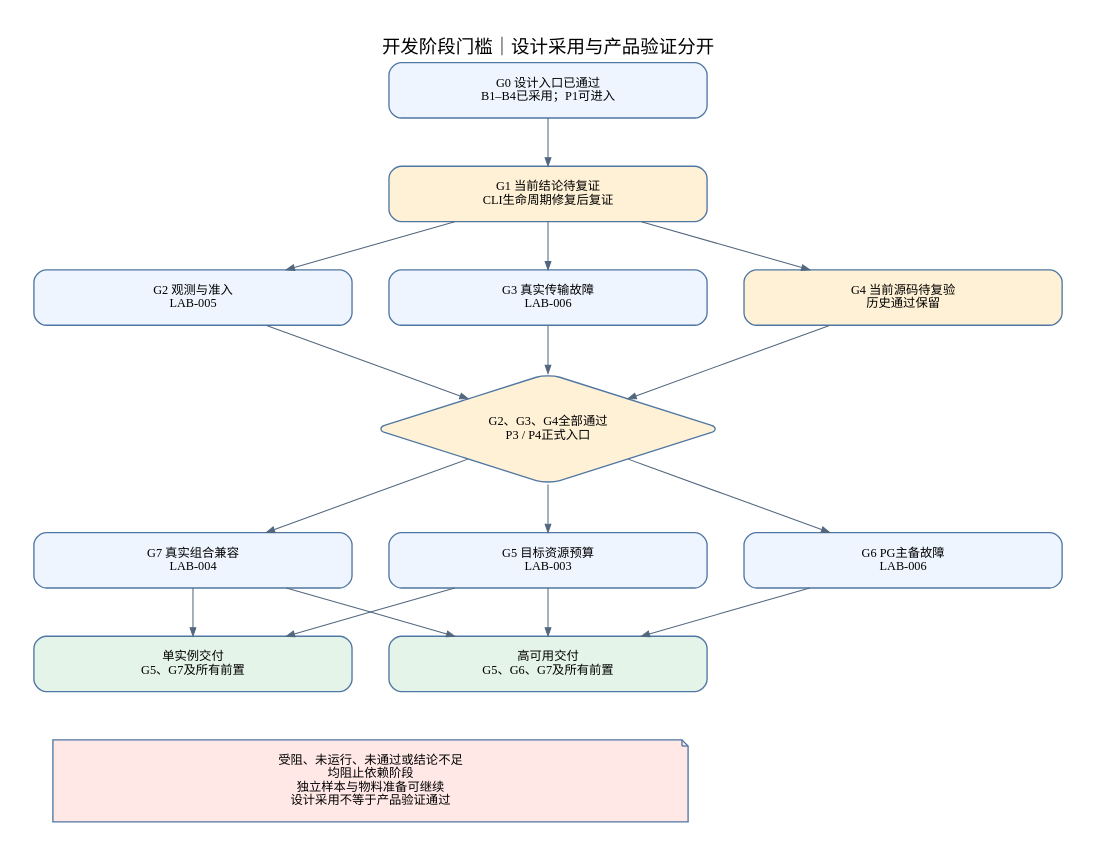
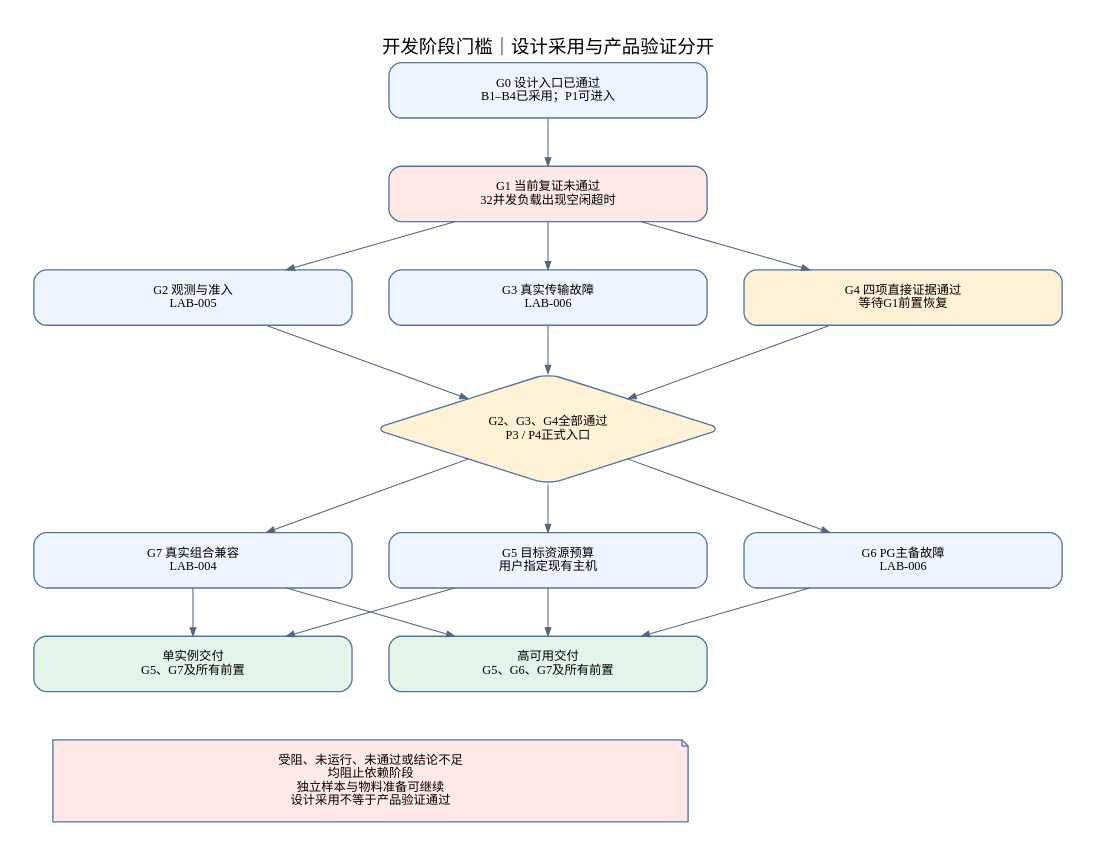
Before and after one commit to wyw-ai/loom-oi: the diagram in docs/architecture/diagrams/v0.7/06-delivery-dependencies.dot, drawn with Graphviz. The commit also changed 45 other files, not shown here.

```diff
--- a/docs/architecture/diagrams/v0.7/06-delivery-dependencies.dot
+++ b/docs/architecture/diagrams/v0.7/06-delivery-dependencies.dot
@@ -1,23 +1,23 @@
 digraph G {
 graph [bgcolor="white",pad="0.35",nodesep="0.5",ranksep="0.65",fontname="Noto Sans SC",fontsize=18,labelloc="t",splines=polyline];
 node [shape=box,style="rounded,filled",fillcolor="#eef5ff",color="#5077a3",fontname="Noto Sans SC",fontsize=12,width=4.3,margin="0.35,0.2",penwidth=1.3];
 edge [color="#52677f",fontname="Noto Sans SC",fontsize=10,arrowsize=0.8];
 rankdir=TB;label="开发阶段门槛｜设计采用与产品验证分开";
  g0[label="G0 设计入口已通过\nB1–B4已采用；P1可进入"];
- g1[label="G1 当前结论待复证\nCLI生命周期修复后复证",fillcolor="#fff1d6"];
+ g1[label="G1 当前复证未通过\n32并发负载出现空闲超时",fillcolor="#ffe8e5"];
  g2[label="G2 观测与准入\nLAB-005"];
  g3[label="G3 真实传输故障\nLAB-006"];
- g4[label="G4 当前源码待复验\n历史通过保留",fillcolor="#fff1d6"];
+ g4[label="G4 四项直接证据通过\n等待G1前置恢复",fillcolor="#fff1d6"];
  gate[label="G2、G3、G4全部通过\nP3 / P4正式入口",shape=diamond,fillcolor="#fff1d6"];
- g5[label="G5 目标资源预算\nLAB-003"];
+ g5[label="G5 目标资源预算\n用户指定现有主机"];
  g6[label="G6 PG主备故障\nLAB-006"];
  g7[label="G7 真实组合兼容\nLAB-004"];
  single[label="单实例交付\nG5、G7及所有前置",fillcolor="#e4f4e9"];
  ha[label="高可用交付\nG5、G6、G7及所有前置",fillcolor="#e4f4e9"];
  g0->g1;g1->g2;g1->g3;g1->g4;{rank=same;g2;g3;g4;}
  g2->gate;g3->gate;g4->gate;gate->g5;gate->g6;gate->g7;{rank=same;g5;g6;g7;}
  g5->single;g7->single;g5->ha;g6->ha;g7->ha;
  note[label="受阻、未运行、未通过或结论不足\n均阻止依赖阶段\n独立样本与物料准备可继续\n设计采用不等于产品验证通过",width=8.6,shape=note,fillcolor="#ffe8e5"];
  single->note[style=invis];ha->note[style=invis];
 
 }
```
